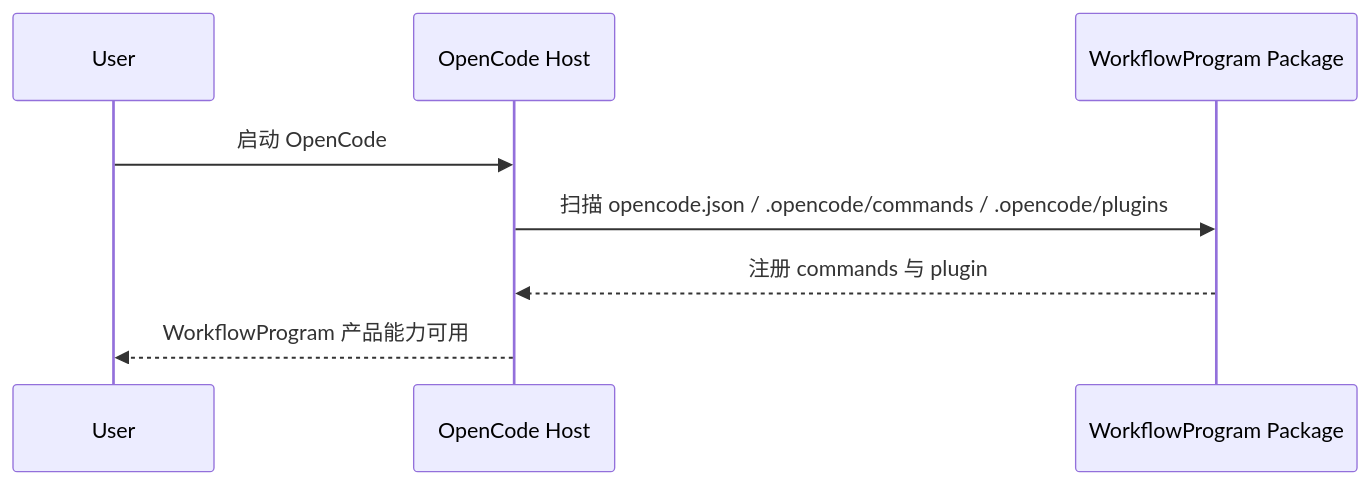
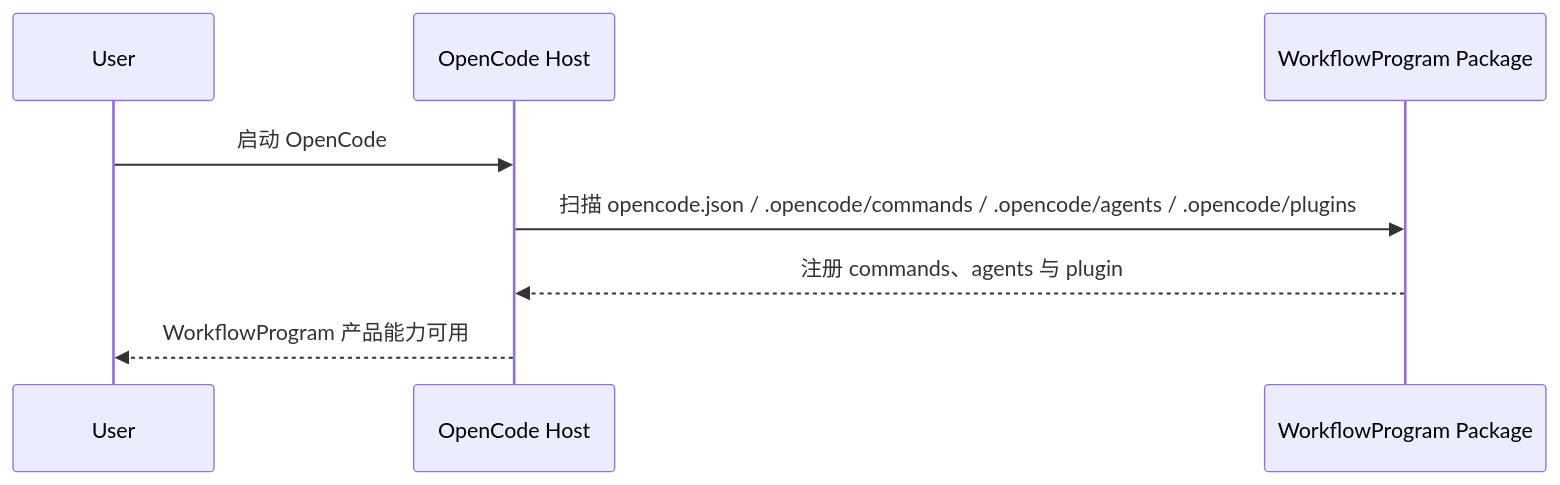
Before and after one commit to Logic70/workflowprogram-opencode: the second of 8 diagrams in design/opencode-v2-highlevel-design.md, drawn with Mermaid. The commit also changed other lines of this file and 34 other files, not shown here.

````diff
--- a/design/opencode-v2-highlevel-design.md
+++ b/design/opencode-v2-highlevel-design.md
@@ -106,10 +106,10 @@
 ```mermaid
 sequenceDiagram
     participant User
     participant Host as OpenCode Host
     participant Pkg as WorkflowProgram Package
     User->>Host: 启动 OpenCode
-    Host->>Pkg: 扫描 opencode.json / .opencode/commands / .opencode/plugins
-    Pkg-->>Host: 注册 commands 与 plugin
+    Host->>Pkg: 扫描 opencode.json / .opencode/commands / .opencode/agents / .opencode/plugins
+    Pkg-->>Host: 注册 commands、agents 与 plugin
     Host-->>User: WorkflowProgram 产品能力可用
 ```
````
